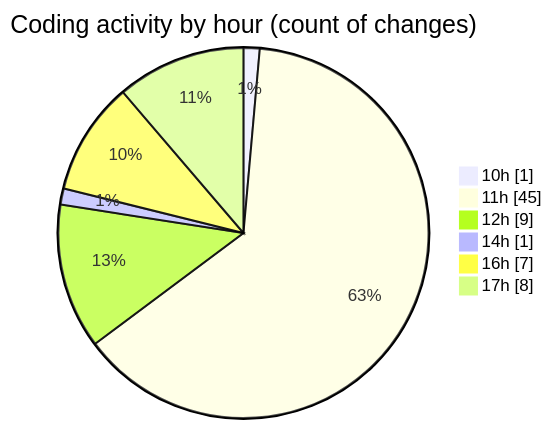
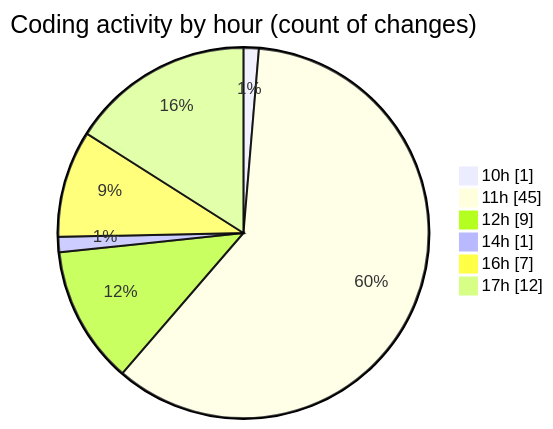
Before and after one commit to nxtqubesakshisongat/code-tracking: the second of 2 diagrams in 2025-08-03/nxtqube_webapp/README.md, drawn with Mermaid. The commit also changed other lines of this file and 1 other file, not shown here.

````diff
--- a/2025-08-03/nxtqube_webapp/README.md
+++ b/2025-08-03/nxtqube_webapp/README.md
@@ -39,10 +40,10 @@
 ```mermaid
 pie showData
 title Coding activity by hour (count of changes)
 "10h" : 1
 "11h" : 45
 "12h" : 9
 "14h" : 1
 "16h" : 7
-"17h" : 8
+"17h" : 12
 ```
````
